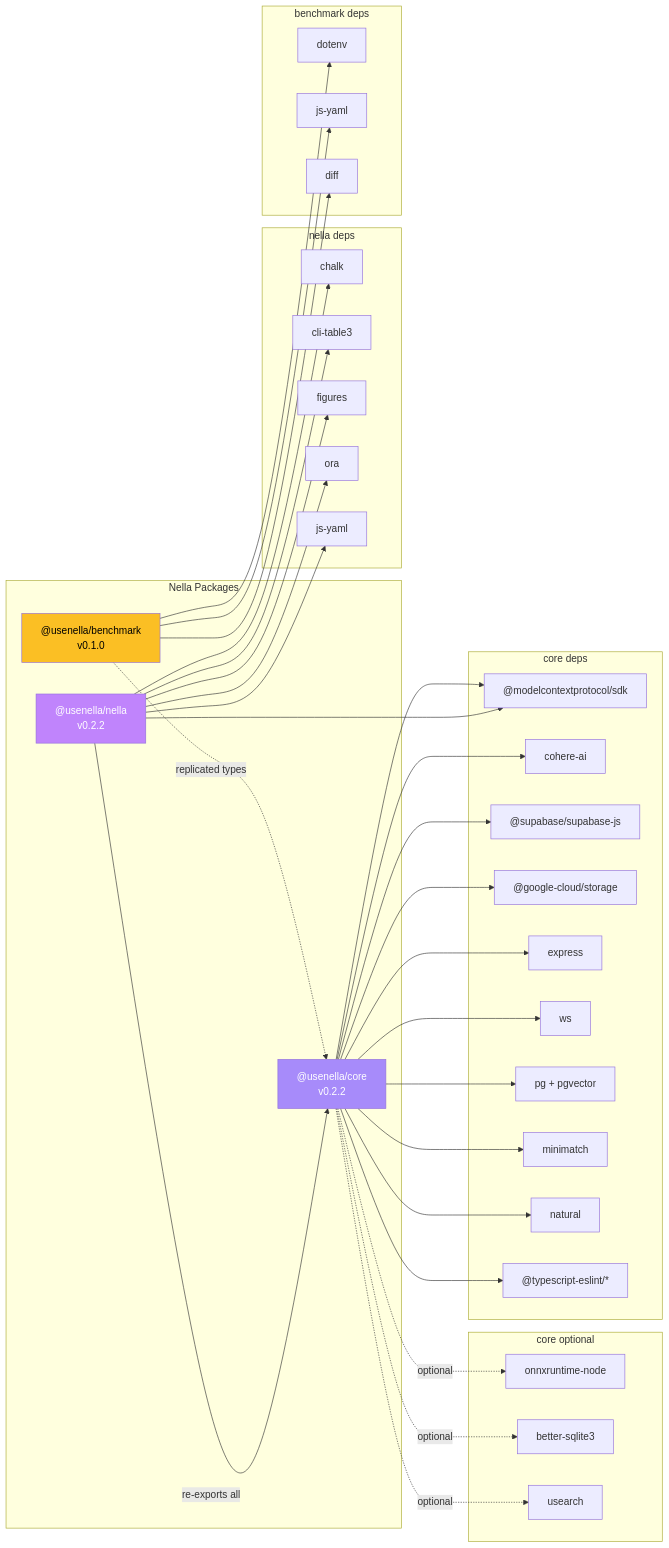
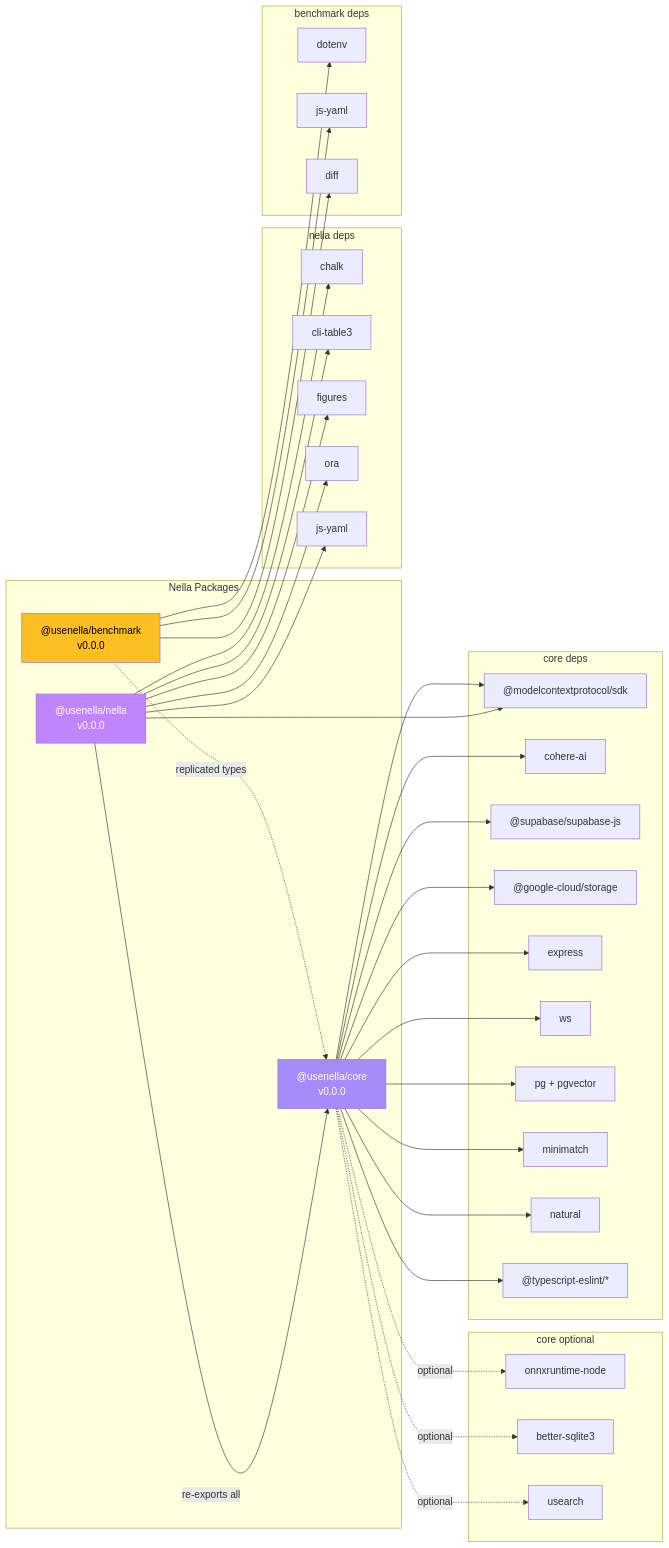
One commit to nella-labs/nella changed the third of 24 diagrams in docs/architecture.md. Above: the diagram before and after it, drawn with Mermaid. The commit also changed other lines of this file and 10 other files, not shown here.

````diff
--- a/docs/architecture.md
+++ b/docs/architecture.md
@@ -128,72 +128,72 @@
 ```mermaid
 graph LR
     subgraph packages["Nella Packages"]
-        nella["@usenella/nella<br/>v0.2.2"]
-        core["@usenella/core<br/>v0.2.2"]
-        bench["@usenella/benchmark<br/>v0.1.0"]
+        nella["@usenella/nella<br/>v0.0.0"]
+        core["@usenella/core<br/>v0.0.0"]
+        bench["@usenella/benchmark<br/>v0.0.0"]
     end
 
     subgraph nella_deps["nella deps"]
         chalk["chalk"]
         cli_table["cli-table3"]
         figures["figures"]
         ora["ora"]
         jsyaml1["js-yaml"]
     end
 
     subgraph core_deps["core deps"]
         mcp_sdk["@modelcontextprotocol/sdk"]
         cohere["cohere-ai"]
         supabase_js["@supabase/supabase-js"]
         gcs["@google-cloud/storage"]
         express["express"]
         ws_lib["ws"]
         pg["pg + pgvector"]
         minimatch["minimatch"]
         natural["natural"]
         ts_eslint["@typescript-eslint/*"]
     end
 
     subgraph core_optional["core optional"]
         onnx["onnxruntime-node"]
         sqlite["better-sqlite3"]
         usearch["usearch"]
     end
 
     subgraph bench_deps["benchmark deps"]
         dotenv["dotenv"]
         jsyaml2["js-yaml"]
         diff_lib["diff"]
     end
 
     nella -->|"re-exports all"| core
     nella --> mcp_sdk
     nella --> chalk
     nella --> cli_table
     nella --> figures
     nella --> ora
     nella --> jsyaml1
 
     core --> mcp_sdk
     core --> cohere
     core --> supabase_js
     core --> gcs
     core --> express
     core --> ws_lib
     core --> pg
     core --> minimatch
     core --> natural
     core --> ts_eslint
     core -.->|"optional"| onnx
     core -.->|"optional"| sqlite
     core -.->|"optional"| usearch
 
     bench -.->|"replicated types"| core
     bench --> dotenv
     bench --> jsyaml2
     bench --> diff_lib
 
     style nella fill:#c084fc,color:#fff
     style core fill:#a78bfa,color:#fff
     style bench fill:#fbbf24,color:#000
 ```
````
